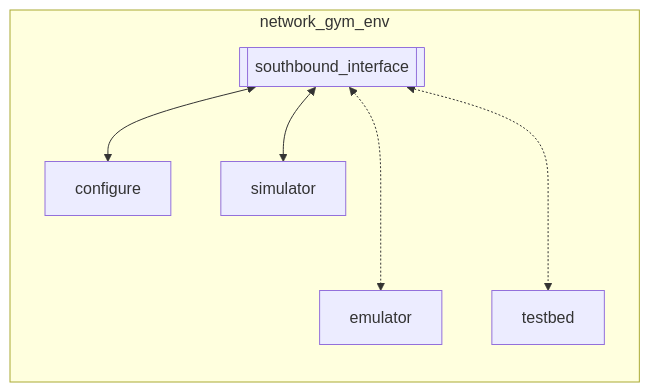
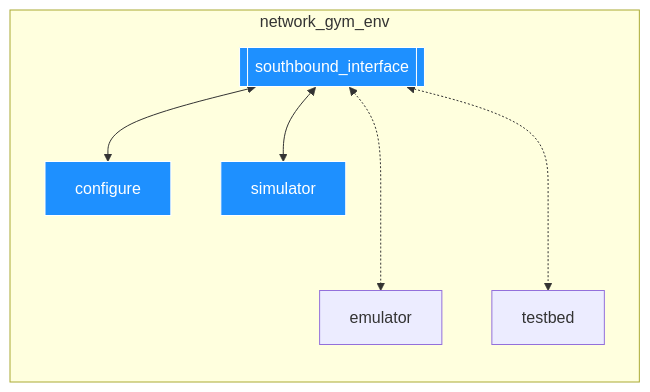
The diagram in docs/api/network_gym_env.md (IntelLabs/networkgym), drawn with Mermaid before and after one commit. The commit also changed other lines of this file and 8 other files, not shown here.

````diff
--- a/docs/api/network_gym_env.md
+++ b/docs/api/network_gym_env.md
@@ -14,12 +15,21 @@
 ```{mermaid}
 flowchart LR
 
 subgraph network_gym_env
 southbound_interface[[southbound_interface]]
 southbound_interface <--> configure
 southbound_interface <--> simulator
 southbound_interface <-..-> emulator
 southbound_interface <-..-> testbed
 end
 
+click southbound_interface "/api/network_gym_env/southbound_interface.html" _blank
+style southbound_interface fill:#1E90FF,color:white,stroke:white
+
+click simulator "/api/network_gym_env/simulator.html" _blank
+style simulator fill:#1E90FF,color:white,stroke:white
+
+click configure "/api/network_gym_env/configure.html" _blank
+style configure fill:#1E90FF,color:white,stroke:white
+
 ```
````
